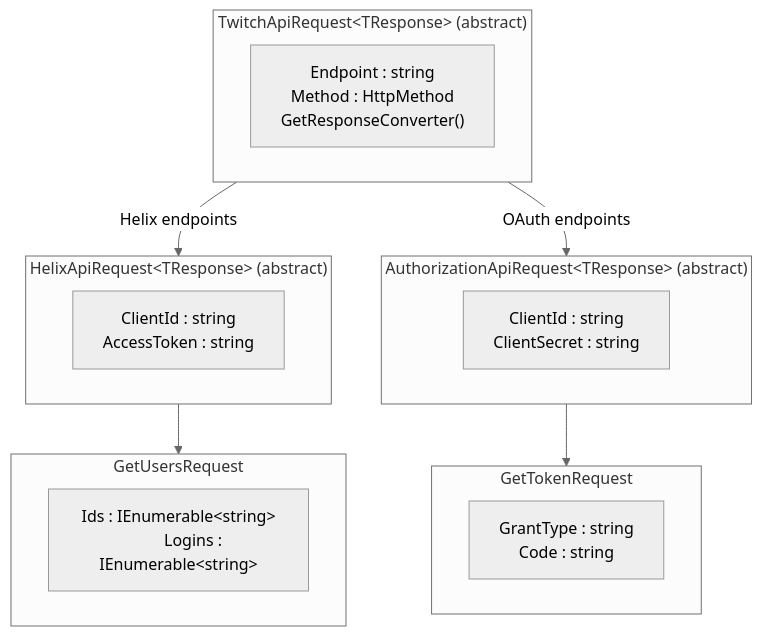
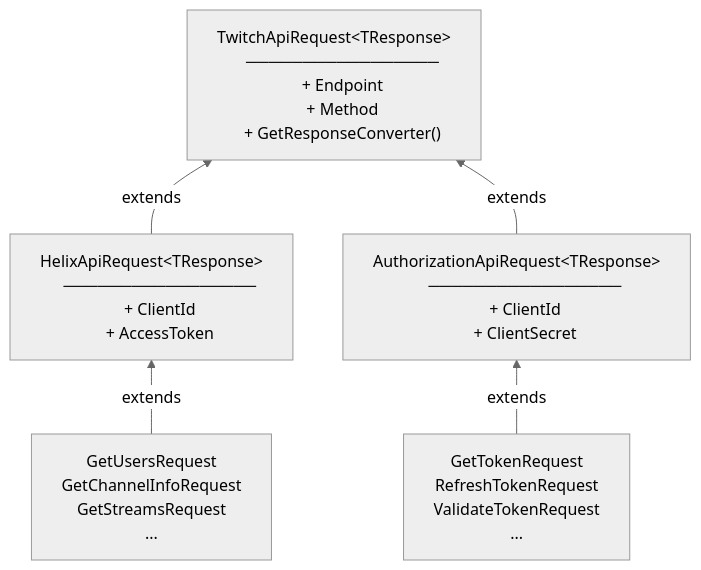
Before and after one commit to Yoyoyopo5/TwitchySharp: the fourth of 6 diagrams in Docs/Architecture.md, drawn with Mermaid (neutral theme). The commit also changed other lines of this file, not shown here.

Commit message:
Improve diagram clarity and fix arrow directions
- Class Hierarchy: Use bottom-to-top flow for proper inheritance visual
- Class Hierarchy: Simplify to show key properties only, list example classes
- Handler Interface: Fix arrow direction (impl → interface, not reverse)
- Handler Interface: Cleaner layout with separator lines

🤖 Generated with [Claude Code](https://claude.com/claude-code)

````diff
--- a/Docs/Architecture.md
+++ b/Docs/Architecture.md
@@ -141,33 +141,33 @@
 ```mermaid
-flowchart TD
-    subgraph Base["TwitchApiRequest&lt;TResponse&gt;  (abstract)"]
-        BaseProps["Endpoint : string
-        Method : HttpMethod
-        GetResponseConverter()"]
-    end
+flowchart BT
+    GetUsers["GetUsersRequest
+    GetChannelInfoRequest
+    GetStreamsRequest
+    ..."]
 
-    subgraph Helix["HelixApiRequest&lt;TResponse&gt;  (abstract)"]
-        HelixProps["ClientId : string
-        AccessToken : string"]
-    end
+    GetToken["GetTokenRequest
+    RefreshTokenRequest
+    ValidateTokenRequest
+    ..."]
 
-    subgraph Auth["AuthorizationApiRequest&lt;TResponse&gt;  (abstract)"]
-        AuthProps["ClientId : string
-        ClientSecret : string"]
-    end
+    Helix["HelixApiRequest&lt;TResponse&gt;
+    ─────────────────
+    + ClientId
+    + AccessToken"]
 
-    subgraph GetUsers["GetUsersRequest"]
-        GetUsersProps["Ids : IEnumerable&lt;string&gt;
-        Logins : IEnumerable&lt;string&gt;"]
-    end
+    Auth["AuthorizationApiRequest&lt;TResponse&gt;
+    ─────────────────
+    + ClientId
+    + ClientSecret"]
 
-    subgraph GetToken["GetTokenRequest"]
-        GetTokenProps["GrantType : string
-        Code : string"]
-    end
+    Base["TwitchApiRequest&lt;TResponse&gt;
+    ─────────────────
+    + Endpoint
+    + Method
+    + GetResponseConverter()"]
 
-    Base -->|"Helix endpoints"| Helix
-    Base -->|"OAuth endpoints"| Auth
-    Helix --> GetUsers
-    Auth --> GetToken
+    GetUsers -->|extends| Helix
+    GetToken -->|extends| Auth
+    Helix -->|extends| Base
+    Auth -->|extends| Base
 ```
````
